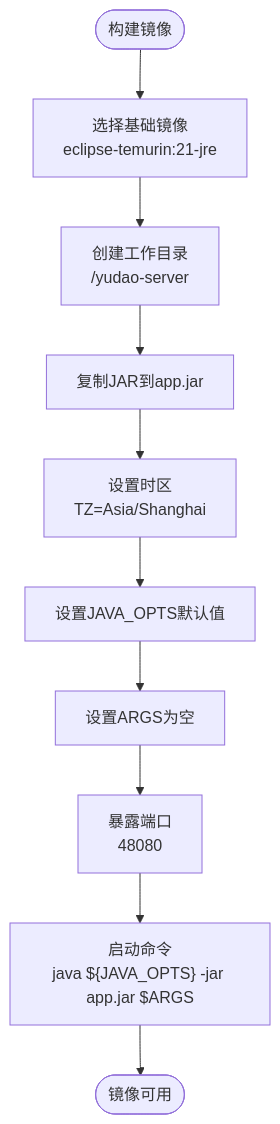
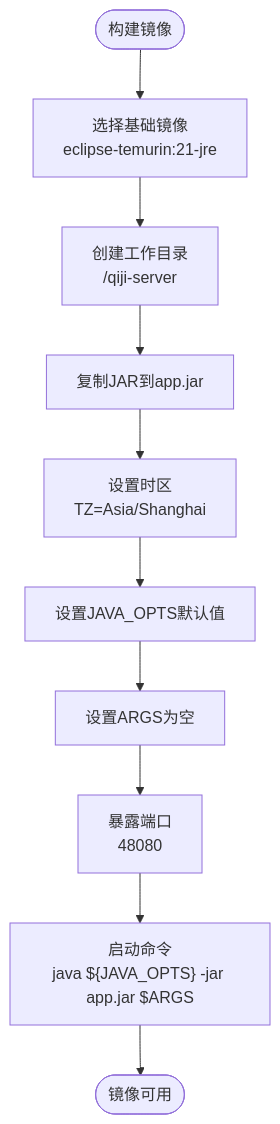
One commit to zhuangpengLI/AgenticCPS changed the third of 6 diagrams in backend/.qoder/repowiki/zh/content/部署与运维/容器化部署.md. Above: the diagram before and after it, drawn with Mermaid. The commit also changed other lines of this file and 3489 other files, not shown here.

````diff
--- a/backend/.qoder/repowiki/zh/content/部署与运维/容器化部署.md
+++ b/backend/.qoder/repowiki/zh/content/部署与运维/容器化部署.md
@@ -116,12 +116,12 @@
 ```mermaid
 flowchart TD
 Start(["构建镜像"]) --> Base["选择基础镜像<br/>eclipse-temurin:21-jre"]
-Base --> WorkDir["创建工作目录<br/>/yudao-server"]
+Base --> WorkDir["创建工作目录<br/>/qiji-server"]
 WorkDir --> CopyJar["复制JAR到app.jar"]
 CopyJar --> EnvTZ["设置时区<br/>TZ=Asia/Shanghai"]
 EnvTZ --> EnvOpts["设置JAVA_OPTS默认值"]
 EnvOpts --> EnvArgs["设置ARGS为空"]
 EnvArgs --> Expose["暴露端口<br/>48080"]
 Expose --> Cmd["启动命令<br/>java ${JAVA_OPTS} -jar app.jar $ARGS"]
 Cmd --> End(["镜像可用"])
 ```
````
